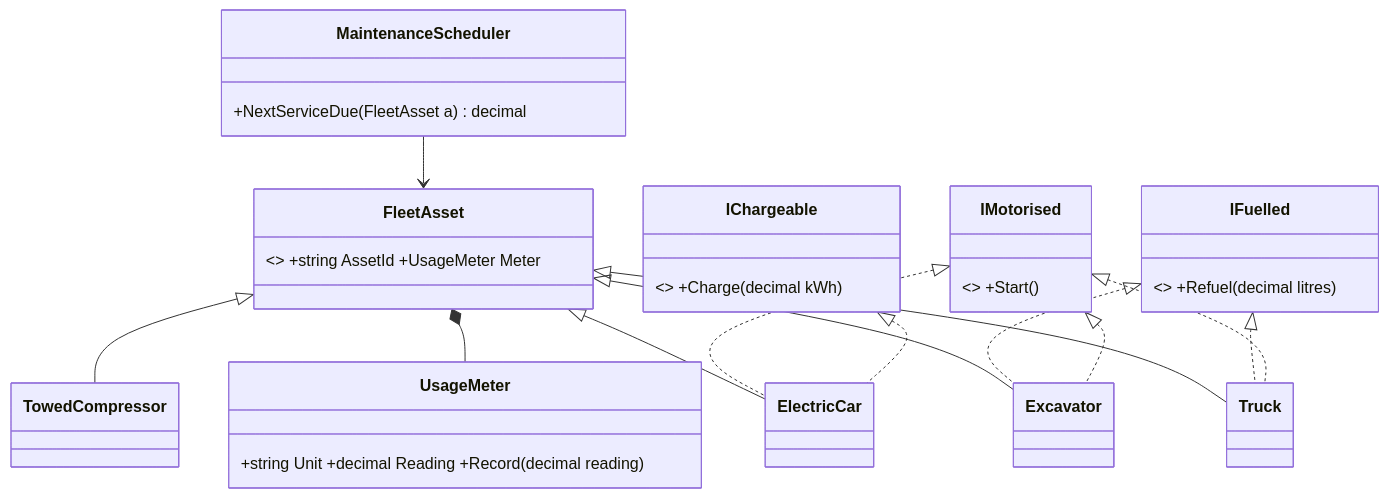
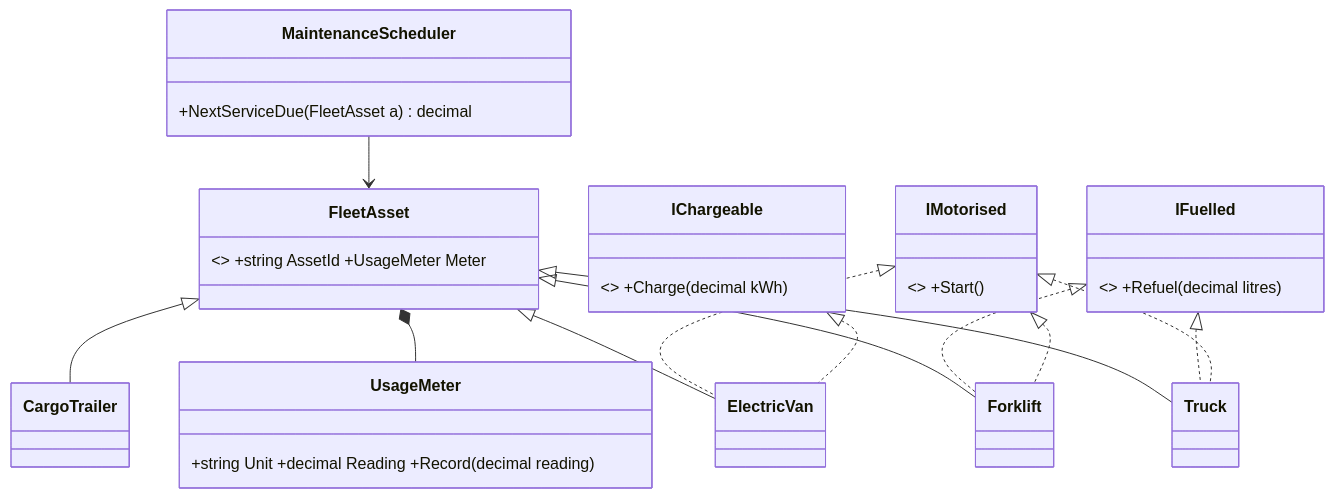
Before and after one commit to rizwi0786/system-design-lab: the fourth of 4 diagrams in content/lessons/m04/m04-lsp.md, drawn with Mermaid. The commit also changed other lines of this file and 334 other files, not shown here.

````diff
--- a/content/lessons/m04/m04-lsp.md
+++ b/content/lessons/m04/m04-lsp.md
@@ -976,21 +985,21 @@
 ```mermaid
 classDiagram
     class FleetAsset { <<abstract>> +string AssetId +UsageMeter Meter }
     class UsageMeter { +string Unit +decimal Reading +Record(decimal reading) }
     class IFuelled { <<interface>> +Refuel(decimal litres) }
     class IChargeable { <<interface>> +Charge(decimal kWh) }
     class IMotorised { <<interface>> +Start() }
     class MaintenanceScheduler { +NextServiceDue(FleetAsset a) decimal }
     FleetAsset *-- UsageMeter
     FleetAsset <|-- Truck
-    FleetAsset <|-- Excavator
-    FleetAsset <|-- ElectricCar
-    FleetAsset <|-- TowedCompressor
+    FleetAsset <|-- Forklift
+    FleetAsset <|-- ElectricVan
+    FleetAsset <|-- CargoTrailer
     IFuelled <|.. Truck
-    IFuelled <|.. Excavator
+    IFuelled <|.. Forklift
     IMotorised <|.. Truck
-    IMotorised <|.. Excavator
-    IMotorised <|.. ElectricCar
-    IChargeable <|.. ElectricCar
+    IMotorised <|.. Forklift
+    IMotorised <|.. ElectricVan
+    IChargeable <|.. ElectricVan
     MaintenanceScheduler --> FleetAsset
 ```
````
